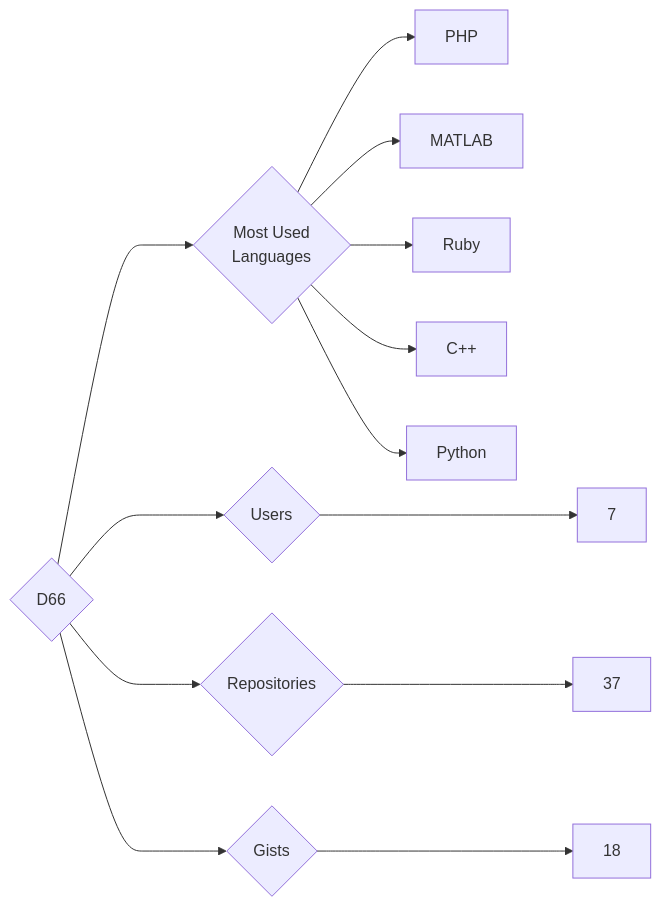
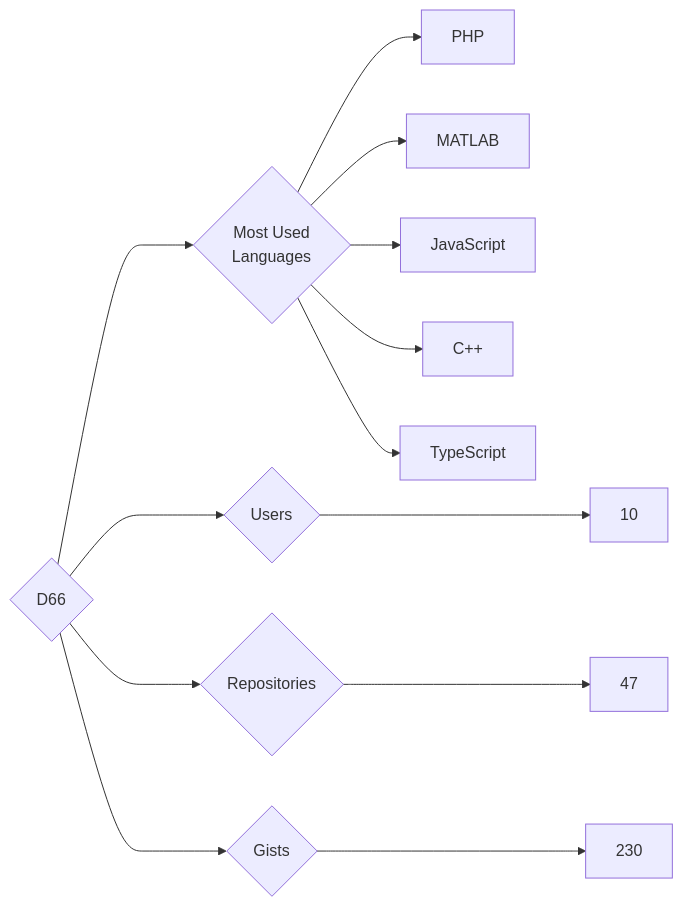
One commit to trickest/insiders changed the diagram in targets/D66/README.md. Above: the diagram before and after it, drawn with Mermaid. The commit also changed 777 other files, not shown here.

````diff
--- a/targets/D66/README.md
+++ b/targets/D66/README.md
@@ -3,13 +3,13 @@
 ```mermaid
 graph LR
 COMPANY_NAME{D66}
-COMPANY_NAME ---> U{Users} ---> UN[7]
-COMPANY_NAME ---> R{Repositories} ---> RN[37]
-COMPANY_NAME ---> G{Gists} ---> GN[18]
+COMPANY_NAME ---> U{Users} ---> UN[10]
+COMPANY_NAME ---> R{Repositories} ---> RN[47]
+COMPANY_NAME ---> G{Gists} ---> GN[230]
 COMPANY_NAME ---> ML{Most Used<br>Languages}
 ML --> PHP[PHP]
 ML --> MATLAB[MATLAB]
-ML --> Ruby[Ruby]
+ML --> JavaScript[JavaScript]
 ML --> C++[C++]
-ML --> Python[Python]
+ML --> TypeScript[TypeScript]
 ```
````
